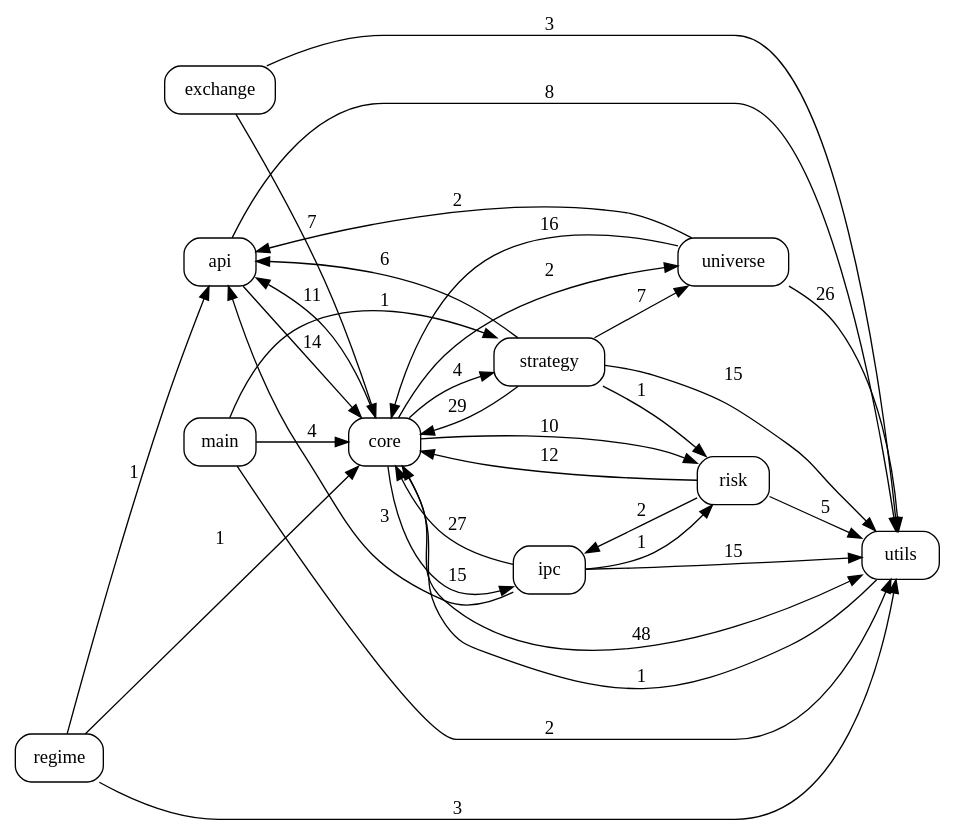
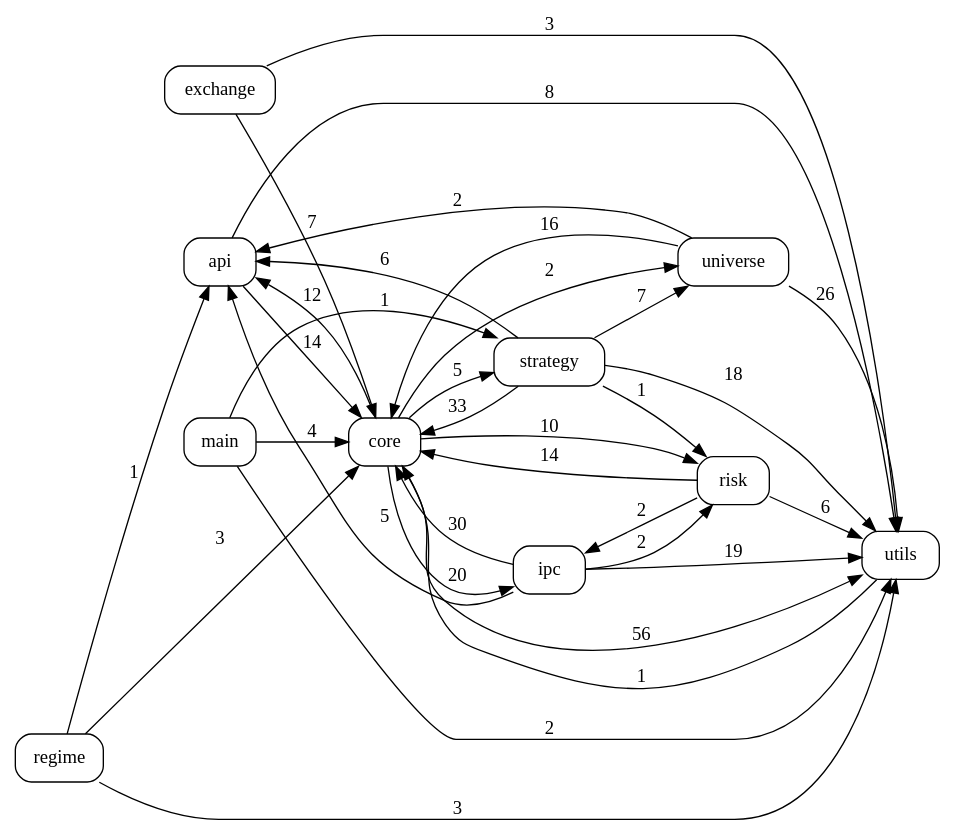
Before and after one commit to pypy8171/Quant: the diagram in docs/code_graph.dot, drawn with Graphviz. The commit also changed 128 other files, not shown here.

```diff
--- a/docs/code_graph.dot
+++ b/docs/code_graph.dot
@@ -1,46 +1,46 @@
 digraph code_graph {
   rankdir=LR;
   node [shape=box, style=rounded, fontname="Consolas"];
   "api";
   "core";
   "exchange";
   "ipc";
   "main";
   "regime";
   "risk";
   "strategy";
   "universe";
   "utils";
   "api" -> "core" [label="14"];
   "api" -> "utils" [label="8"];
-  "core" -> "api" [label="11"];
-  "core" -> "ipc" [label="15"];
+  "core" -> "api" [label="12"];
+  "core" -> "ipc" [label="20"];
   "core" -> "risk" [label="10"];
-  "core" -> "strategy" [label="4"];
+  "core" -> "strategy" [label="5"];
   "core" -> "universe" [label="2"];
-  "core" -> "utils" [label="48"];
+  "core" -> "utils" [label="56"];
   "exchange" -> "core" [label="7"];
   "exchange" -> "utils" [label="3"];
-  "ipc" -> "api" [label="3"];
-  "ipc" -> "core" [label="27"];
-  "ipc" -> "risk" [label="1"];
-  "ipc" -> "utils" [label="15"];
+  "ipc" -> "api" [label="5"];
+  "ipc" -> "core" [label="30"];
+  "ipc" -> "risk" [label="2"];
+  "ipc" -> "utils" [label="19"];
   "main" -> "core" [label="4"];
   "main" -> "strategy" [label="1"];
   "main" -> "utils" [label="2"];
   "regime" -> "api" [label="1"];
-  "regime" -> "core" [label="1"];
+  "regime" -> "core" [label="3"];
   "regime" -> "utils" [label="3"];
-  "risk" -> "core" [label="12"];
+  "risk" -> "core" [label="14"];
   "risk" -> "ipc" [label="2"];
-  "risk" -> "utils" [label="5"];
+  "risk" -> "utils" [label="6"];
   "strategy" -> "api" [label="6"];
-  "strategy" -> "core" [label="29"];
+  "strategy" -> "core" [label="33"];
   "strategy" -> "risk" [label="1"];
   "strategy" -> "universe" [label="7"];
-  "strategy" -> "utils" [label="15"];
+  "strategy" -> "utils" [label="18"];
   "universe" -> "api" [label="2"];
   "universe" -> "core" [label="16"];
   "universe" -> "utils" [label="26"];
   "utils" -> "core" [label="1"];
 }
```
